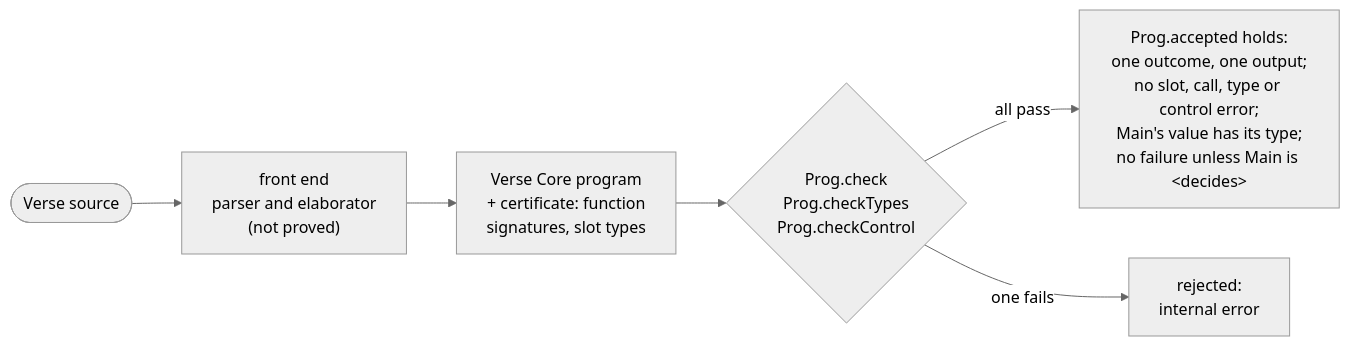
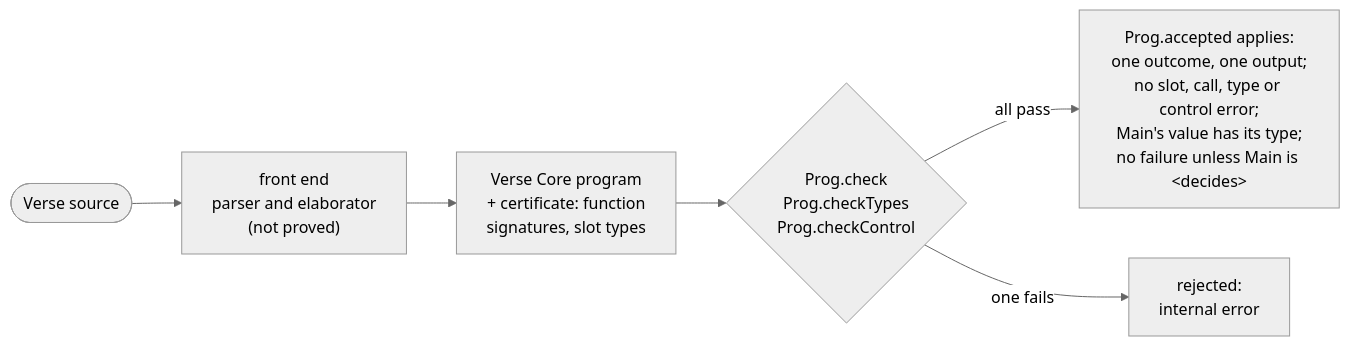
The third of 4 diagrams in docs/DESIGN.md (rudi-cilibrasi/openverse), drawn with Mermaid (neutral theme) before and after one commit. The commit also changed other lines of this file and 5 other files, not shown here.

First line of the commit message:
Docs: review fixes for the diagrams

````diff
--- a/docs/DESIGN.md
+++ b/docs/DESIGN.md
@@ -145,8 +145,8 @@
 ```mermaid
 flowchart LR
     src(["Verse source"]) --> fe["front end<br/>parser and elaborator<br/>(not proved)"]
     fe --> P["Verse Core program<br/>+ certificate: function<br/>signatures, slot types"]
     P --> chk{"Prog.check<br/>Prog.checkTypes<br/>Prog.checkControl"}
-    chk -- "all pass" --> acc["Prog.accepted holds:<br/>one outcome, one output;<br/>no slot, call, type or control error;<br/>Main's value has its type;<br/>no failure unless Main is #lt;decides#gt;"]
+    chk -- "all pass" --> acc["Prog.accepted applies:<br/>one outcome, one output;<br/>no slot, call, type or control error;<br/>Main's value has its type;<br/>no failure unless Main is #lt;decides#gt;"]
     chk -- "one fails" --> ie["rejected:<br/>internal error"]
 ```
````
